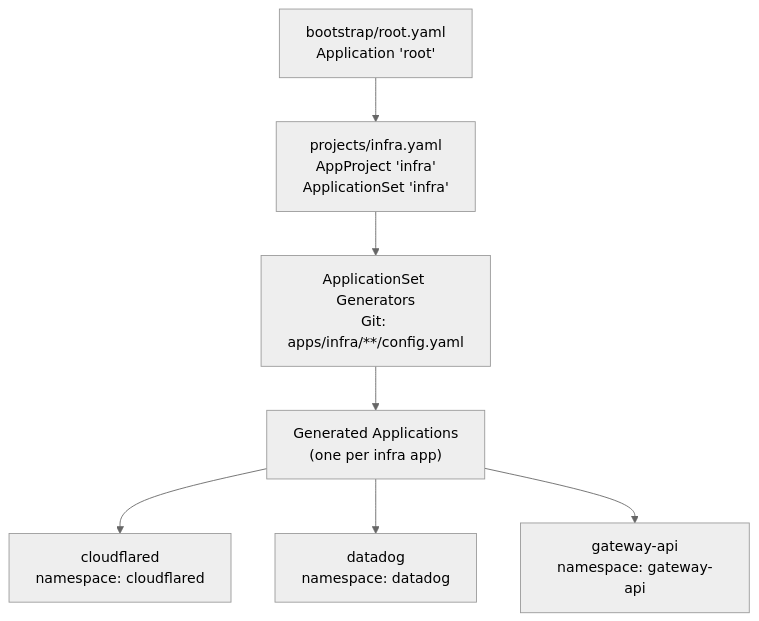
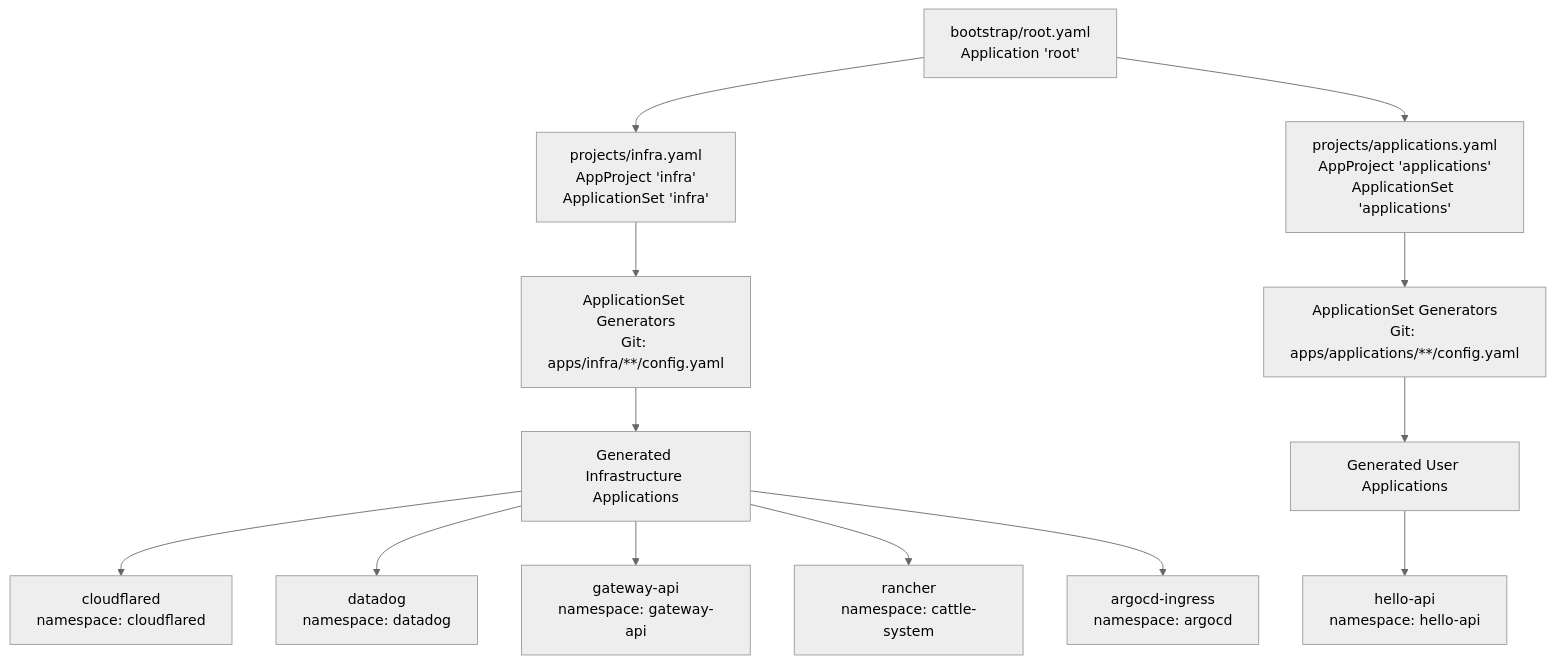
Before and after one commit to Hoangvu75/k8s_manifest: the first of 8 diagrams in .qoder/repowiki/en/content/Project Management/Infrastructure Projects.md, drawn with Mermaid (neutral theme). The commit also changed other lines of this file and 24 other files, not shown here.

````diff
--- a/.qoder/repowiki/en/content/Project Management/Infrastructure Projects.md
+++ b/.qoder/repowiki/en/content/Project Management/Infrastructure Projects.md
@@ -44,9 +57,15 @@
 ```mermaid
 graph TB
-Root["bootstrap/root.yaml<br/>Application 'root'"] --> Proj["projects/infra.yaml<br/>AppProject 'infra'<br/>ApplicationSet 'infra'"]
-Proj --> Gen["ApplicationSet Generators<br/>Git: apps/infra/**/config.yaml"]
-Gen --> Apps["Generated Applications<br/>(one per infra app)"]
-Apps --> CF["cloudflared<br/>namespace: cloudflared"]
-Apps --> DD["datadog<br/>namespace: datadog"]
-Apps --> GA["gateway-api<br/>namespace: gateway-api"]
+Root["bootstrap/root.yaml<br/>Application 'root'"] --> InfraProj["projects/infra.yaml<br/>AppProject 'infra'<br/>ApplicationSet 'infra'"]
+Root --> AppProj["projects/applications.yaml<br/>AppProject 'applications'<br/>ApplicationSet 'applications'"]
+InfraProj --> InfraGen["ApplicationSet Generators<br/>Git: apps/infra/**/config.yaml"]
+AppProj --> AppGen["ApplicationSet Generators<br/>Git: apps/applications/**/config.yaml"]
+InfraGen --> InfraApps["Generated Infrastructure Applications"]
+AppGen --> AppApps["Generated User Applications"]
+InfraApps --> CF["cloudflared<br/>namespace: cloudflared"]
+InfraApps --> DD["datadog<br/>namespace: datadog"]
+InfraApps --> GA["gateway-api<br/>namespace: gateway-api"]
+InfraApps --> RCH["rancher<br/>namespace: cattle-system"]
+InfraApps --> AC["argocd-ingress<br/>namespace: argocd"]
+AppApps --> HA["hello-api<br/>namespace: hello-api"]
 ```
````
